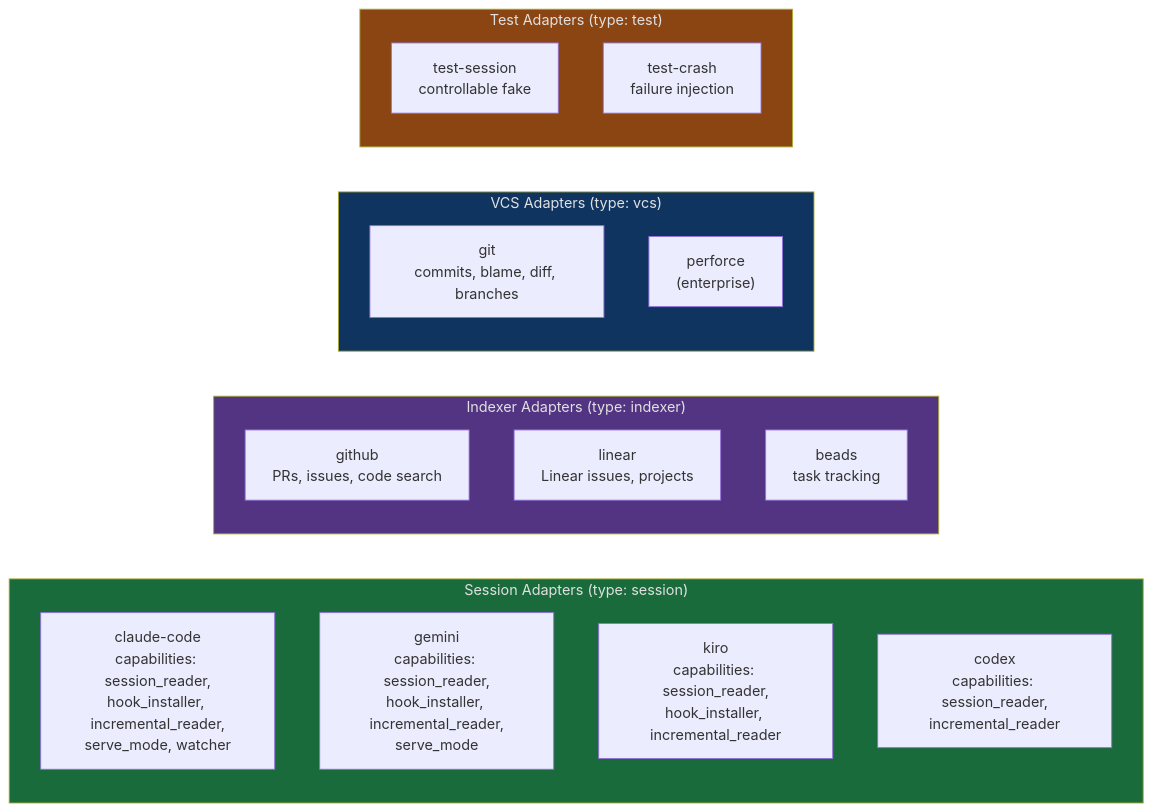
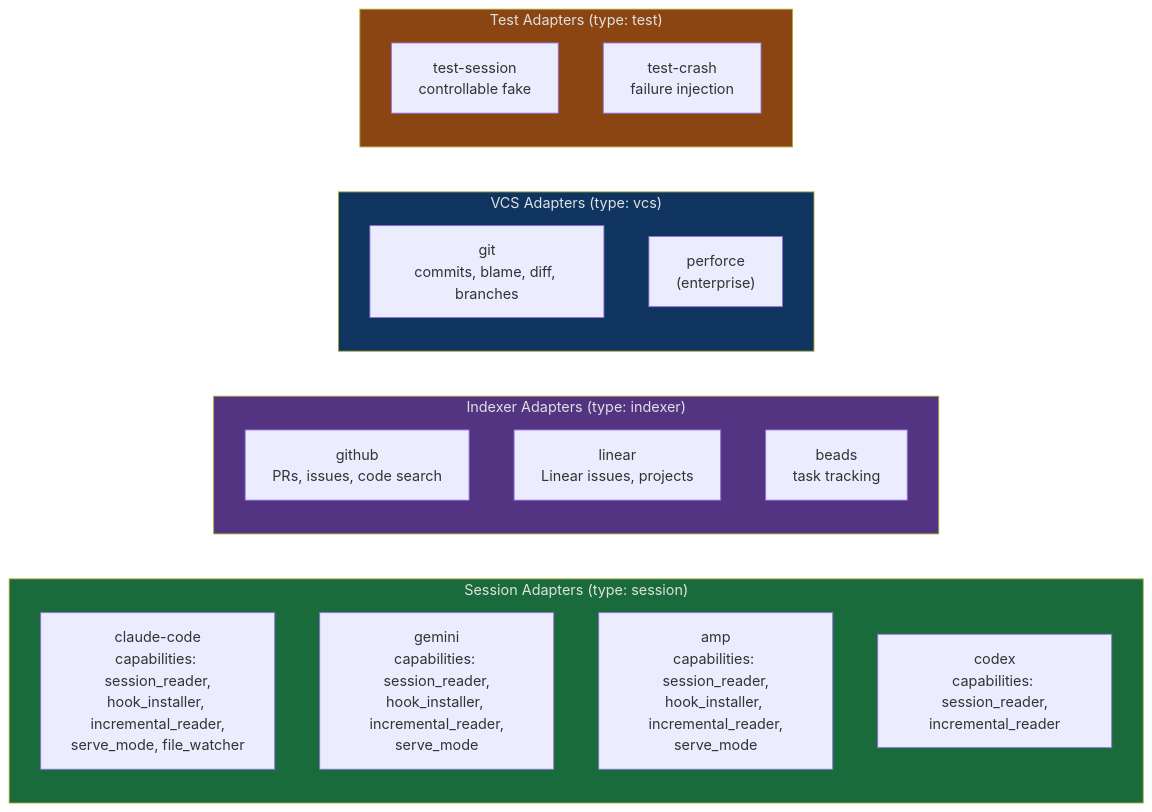
One commit to sageox/ox changed the seventh of 12 diagrams in adapter/DIAGRAMS.md. Above: the diagram before and after it, drawn with Mermaid. The commit also changed other lines of this file and 22 other files, not shown here.

````diff
--- a/adapter/DIAGRAMS.md
+++ b/adapter/DIAGRAMS.md
@@ -266,34 +265,34 @@
 ```mermaid
 graph LR
     subgraph session["Session Adapters (type: session)"]
         direction TB
-        S1["claude-code<br/>capabilities: session_reader,<br/>hook_installer, incremental_reader,<br/>serve_mode, watcher"]
+        S1["claude-code<br/>capabilities: session_reader,<br/>hook_installer, incremental_reader,<br/>serve_mode, file_watcher"]
         S2["gemini<br/>capabilities: session_reader,<br/>hook_installer, incremental_reader,<br/>serve_mode"]
-        S3["kiro<br/>capabilities: session_reader,<br/>hook_installer, incremental_reader"]
+        S3["amp<br/>capabilities: session_reader,<br/>hook_installer, incremental_reader,<br/>serve_mode"]
         S4["codex<br/>capabilities: session_reader,<br/>incremental_reader"]
     end
 
     subgraph indexer["Indexer Adapters (type: indexer)"]
         direction TB
         I1["github<br/>PRs, issues, code search"]
         I2["linear<br/>Linear issues, projects"]
         I3["beads<br/>task tracking"]
     end
 
     subgraph vcs["VCS Adapters (type: vcs)"]
         direction TB
         V1["git<br/>commits, blame, diff, branches"]
         V2["perforce<br/>(enterprise)"]
     end
 
     subgraph test_type["Test Adapters (type: test)"]
         direction TB
         T1["test-session<br/>controllable fake"]
         T2["test-crash<br/>failure injection"]
     end
 
     style session fill:#1a6b3c,color:#e0e0e0
     style indexer fill:#533483,color:#e0e0e0
     style vcs fill:#0f3460,color:#e0e0e0
     style test_type fill:#8b4513,color:#e0e0e0
 ```
````
